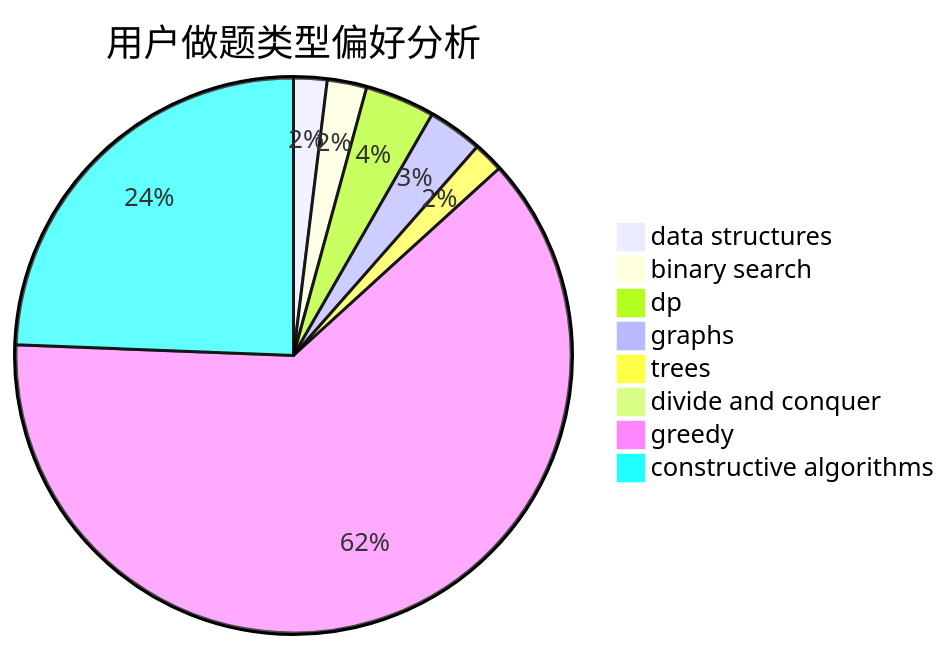
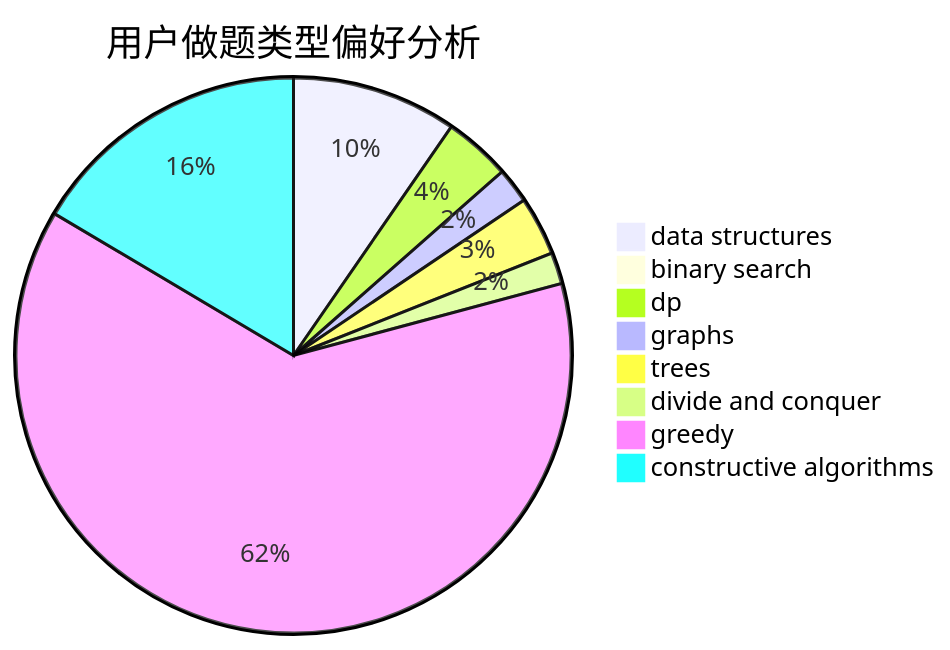
Before and after one commit to sherpahu/cfrs.github.io: the second of 3 diagrams in docs/user/u950.md, drawn with Mermaid. The commit also changed other lines of this file and 2770 other files, not shown here.

````diff
--- a/docs/user/u950.md
+++ b/docs/user/u950.md
@@ -23,11 +23,11 @@
 ```mermaid
 pie title 用户做题类型偏好分析
-    "data structures" :  11
-    "binary search" :  13
-    "dp" :  23
-    "graphs" :  18
-    "trees" :  10
-    "divide and conquer" :  4
-    "greedy" :  353
-    "constructive algorithms" :  138
+    "data structures" :  42
+    "binary search" :  2
+    "dp" :  17
+    "graphs" :  9
+    "trees" :  15
+    "divide and conquer" :  8
+    "greedy" :  274
+    "constructive algorithms" :  72
 ```
````
